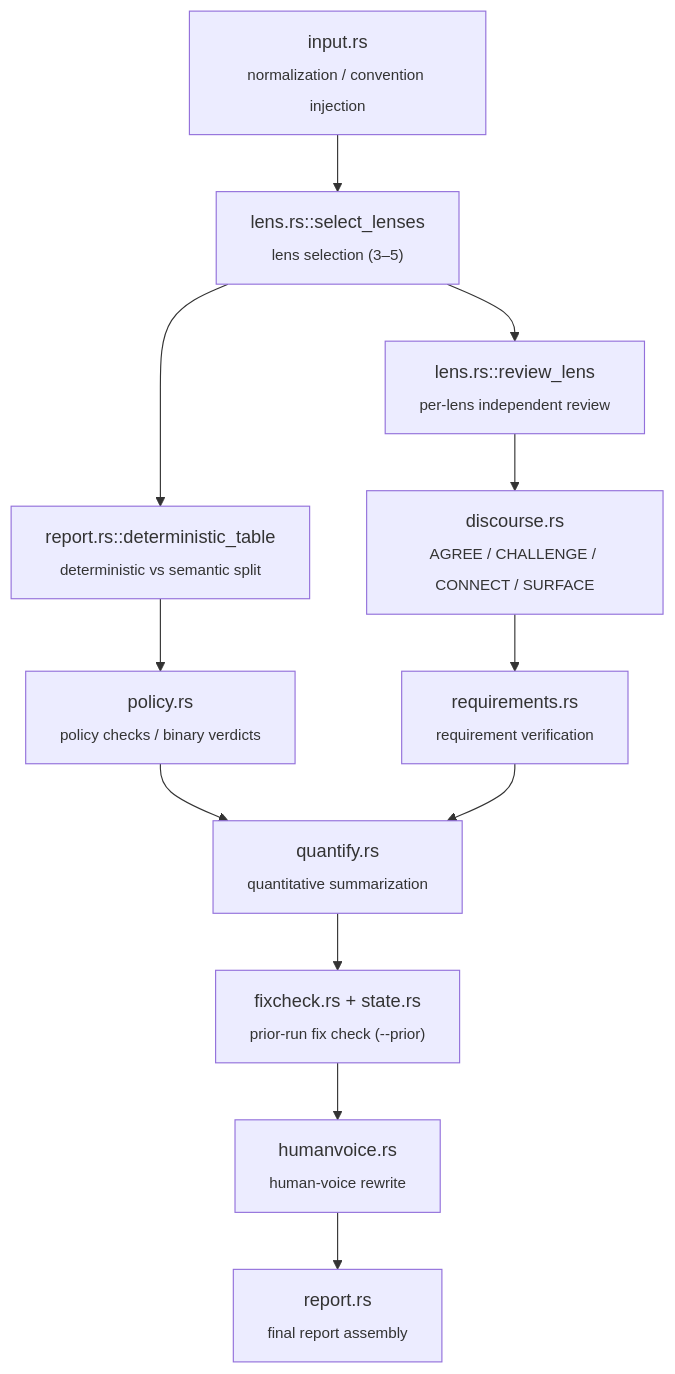
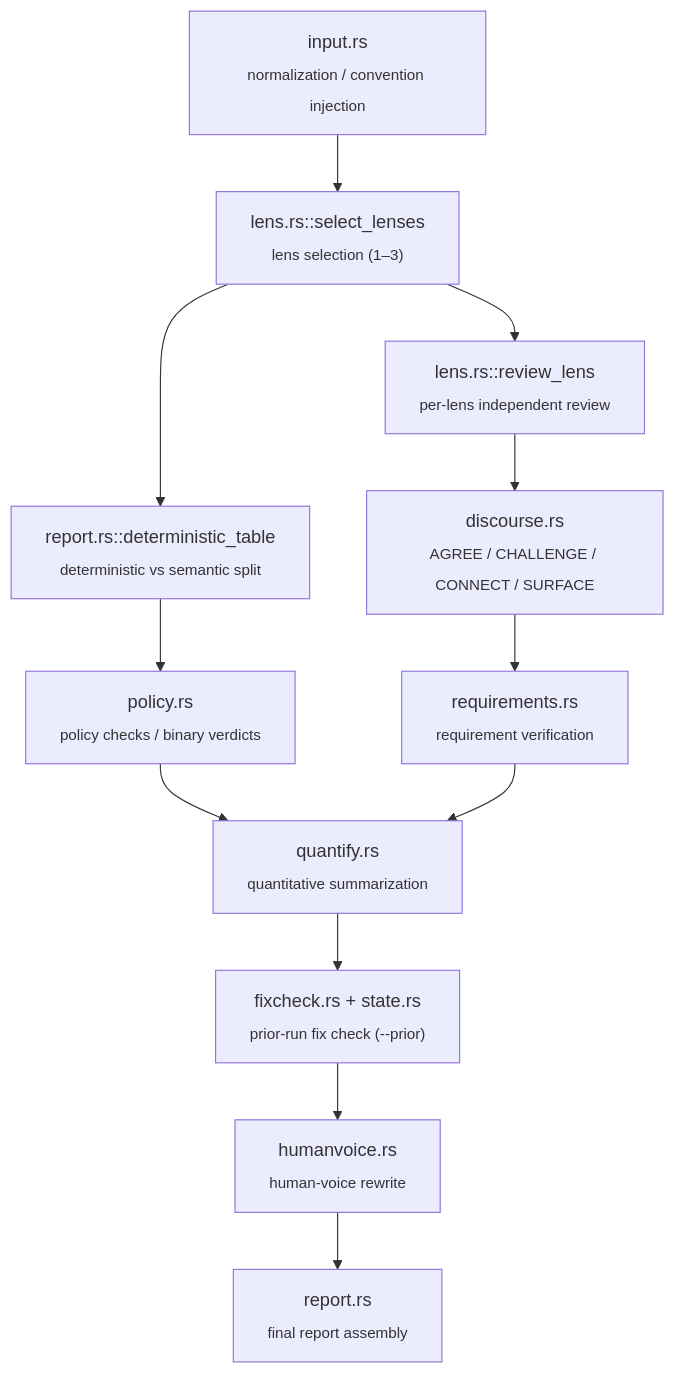
Before and after one commit to Loop-Suite/Code-Review-Loop: the fourth of 6 diagrams in README.md, drawn with Mermaid. The commit also changed other lines of this file and 1 other file, not shown here.

Commit message:
docs(lens): fix lens-selection-count mismatch (3-5 doc vs 1-3 prompt)
Motivation: README.md and the doc comment on select_lenses() both
claimed lens selection picks 3-5 optional lenses, but the actual LLM
instruction sent in select_lenses() says "1~3개" — a real mismatch
between documented and actual behavior, misleading review-coverage and
token-cost expectations (README's own "Performance and parallelism"
section reasons from lens count).

Changes:
- src/lens.rs: doc comment "3~5개" -> "1~3개" to match the real prompt
  text a few lines below it.
- README.md (both the table and the mermaid diagram): "(3-5)" -> "(1-3)".

Assumption (uncertain): aligned docs to match the actual prompt/code
rather than the other way around, since that's the lower-risk option —
it doesn't change any runtime behavior. If 3-5 was actually the
intended design and the prompt regressed to 1-3 by mistake, the fix
should go the other direction (widen the prompt) instead; flagging
this as a product-design call, not a pure bug fix.

Validation: cargo check/test pass (docs-only + one doc comment change,
no behavior change).

Risk & rollback: docs/comment only, zero runtime impact. Revert to
roll back.

````diff
--- a/README.md
+++ b/README.md
@@ -201,14 +201,14 @@
 ```mermaid
 flowchart TD
-    input["input.rs<br/><sub>normalization / convention injection</sub>"] --> lens["lens.rs::select_lenses<br/><sub>lens selection (3–5)</sub>"]
+    input["input.rs<br/><sub>normalization / convention injection</sub>"] --> lens["lens.rs::select_lenses<br/><sub>lens selection (1–3)</sub>"]
     lens --> split["report.rs::deterministic_table<br/><sub>deterministic vs semantic split</sub>"]
     split --> policy["policy.rs<br/><sub>policy checks / binary verdicts</sub>"]
     lens --> review["lens.rs::review_lens<br/><sub>per-lens independent review</sub>"]
     review --> discourse["discourse.rs<br/><sub>AGREE / CHALLENGE / CONNECT / SURFACE</sub>"]
     discourse --> req["requirements.rs<br/><sub>requirement verification</sub>"]
     policy --> quant["quantify.rs<br/><sub>quantitative summarization</sub>"]
     req --> quant
     quant --> fixcheck["fixcheck.rs + state.rs<br/><sub>prior-run fix check (--prior)</sub>"]
     fixcheck --> voice["humanvoice.rs<br/><sub>human-voice rewrite</sub>"]
     voice --> report["report.rs<br/><sub>final report assembly</sub>"]
 ```
````
